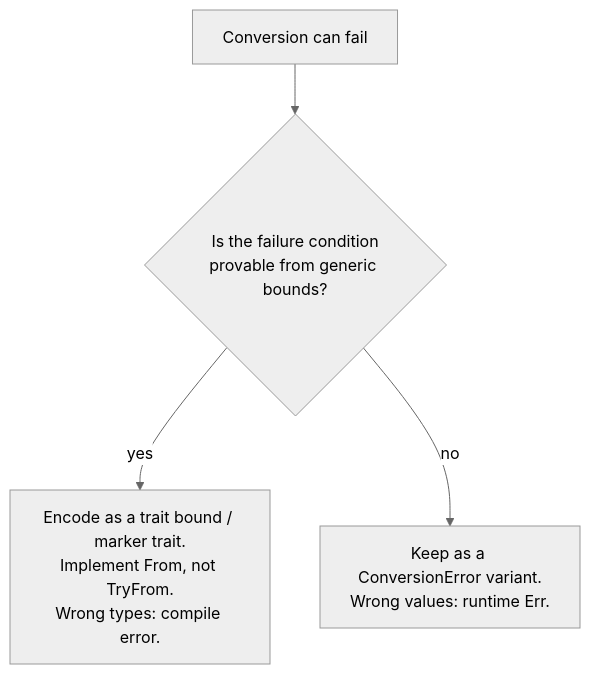
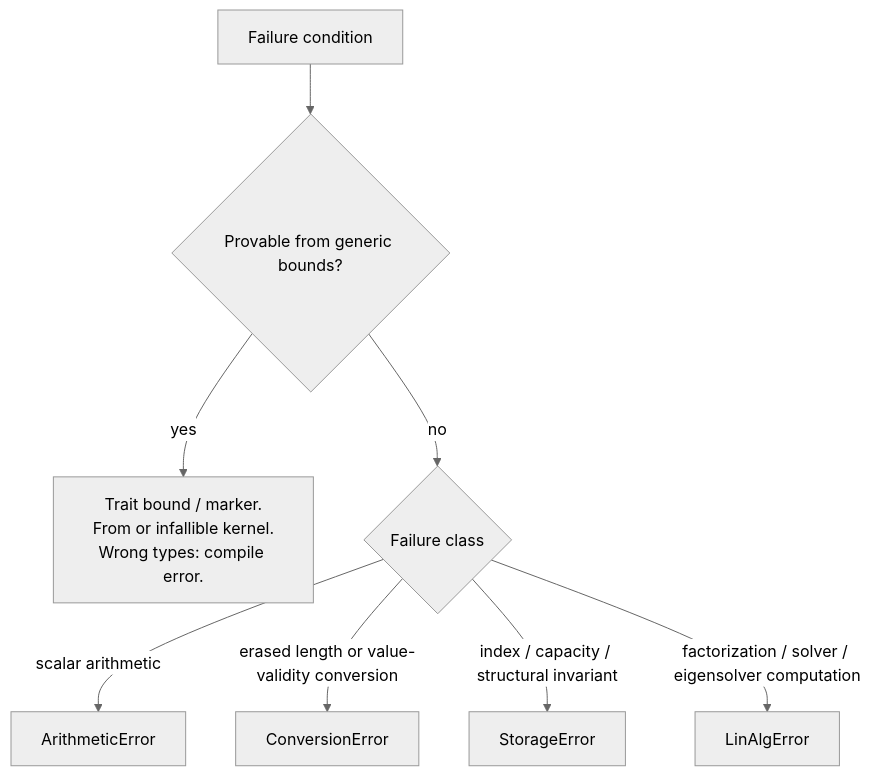
The diagram in documentation/math/error-design.md (Dyse-Industries/control-rs), drawn with Mermaid (neutral theme) before and after one commit. The commit also changed other lines of this file and 30 other files, not shown here.

````diff
--- a/documentation/math/error-design.md
+++ b/documentation/math/error-design.md
@@ -80,6 +133,10 @@
 ```mermaid
 flowchart TD
-    A[Conversion can fail] --> B{Is the failure condition\nprovable from generic bounds?}
-    B -- yes --> C[Encode as a trait bound / marker trait.\nImplement From, not TryFrom.\nWrong types: compile error.]
-    B -- no --> D[Keep as a ConversionError variant.\nWrong values: runtime Err.]
+    F[Failure condition] --> S{Provable from generic bounds?}
+    S -- yes --> C[Trait bound / marker.\nFrom or infallible kernel.\nWrong types: compile error.]
+    S -- no --> K{Failure class}
+    K -- scalar arithmetic --> A[ArithmeticError]
+    K -- erased length or value-validity conversion --> V[ConversionError]
+    K -- index / capacity / structural invariant --> ST[StorageError]
+    K -- factorization / solver / eigensolver computation --> L[LinAlgError]
 ```
````
